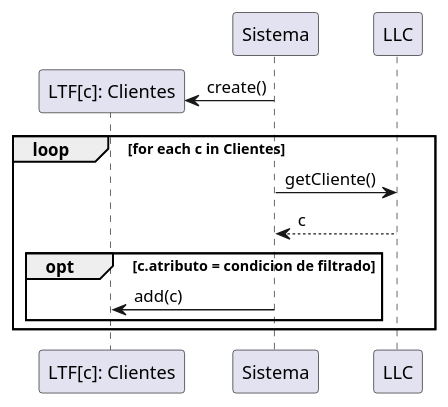
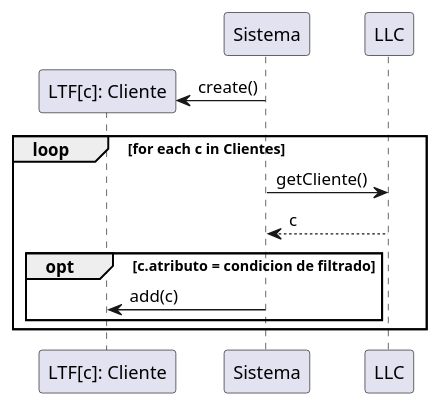
One commit to sandobaitt/TpDiseno changed the seventh of 12 diagrams in tpi2/apunte.md. Above: the diagram before and after it, drawn with PlantUML. The commit also changed other lines of this file and 13 other files, not shown here.

Commit message:
refactor: update payment realization diagrams and documentation with enum types and notation rules

````diff
--- a/tpi2/apunte.md
+++ b/tpi2/apunte.md
@@ -299,12 +299,12 @@
 ```plantuml
-create "LTF[c]: Clientes" as LTF
+create "LTF[c]: Cliente" as LTF
 Sistema -> LTF: create()
 
 loop for each c in Clientes
     Sistema -> LLC: getCliente()
     LLC --> Sistema: c
     opt c.atributo = condicion de filtrado
         Sistema -> LTF: add(c)
     end
 end
 ```
````
